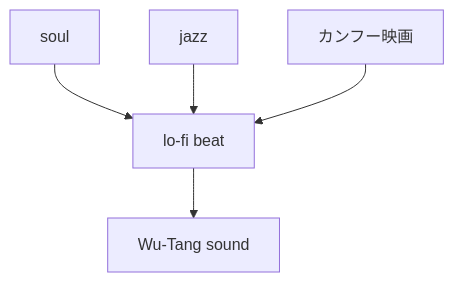
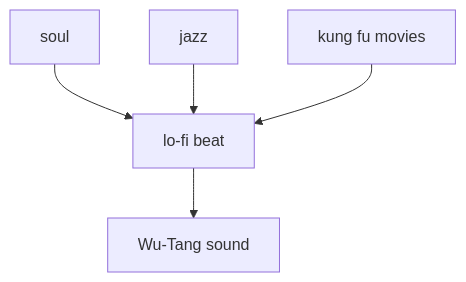
Before and after one commit to monumental-movement/monumental-movement.github.io: the fourth of 10 diagrams in en/_posts/2026-07-02-column-influential-album-04.md, drawn with Mermaid. The commit also changed other lines of this file and 851 other files, not shown here.

```diff
--- a/en/_posts/2026-07-02-column-influential-album-04.md
+++ b/en/_posts/2026-07-02-column-influential-album-04.md
@@ -426,14 +426,14 @@
 <div class="mermaid">
 flowchart TD
 A[soul]
 B[jazz]
-C[カンフー映画]
+C[kung fu movies]
 D[lo-fi beat]
 E[Wu-Tang sound]
 
 A --> D
 B --> D
 C --> D
 D --> E
 
 </div>
```
